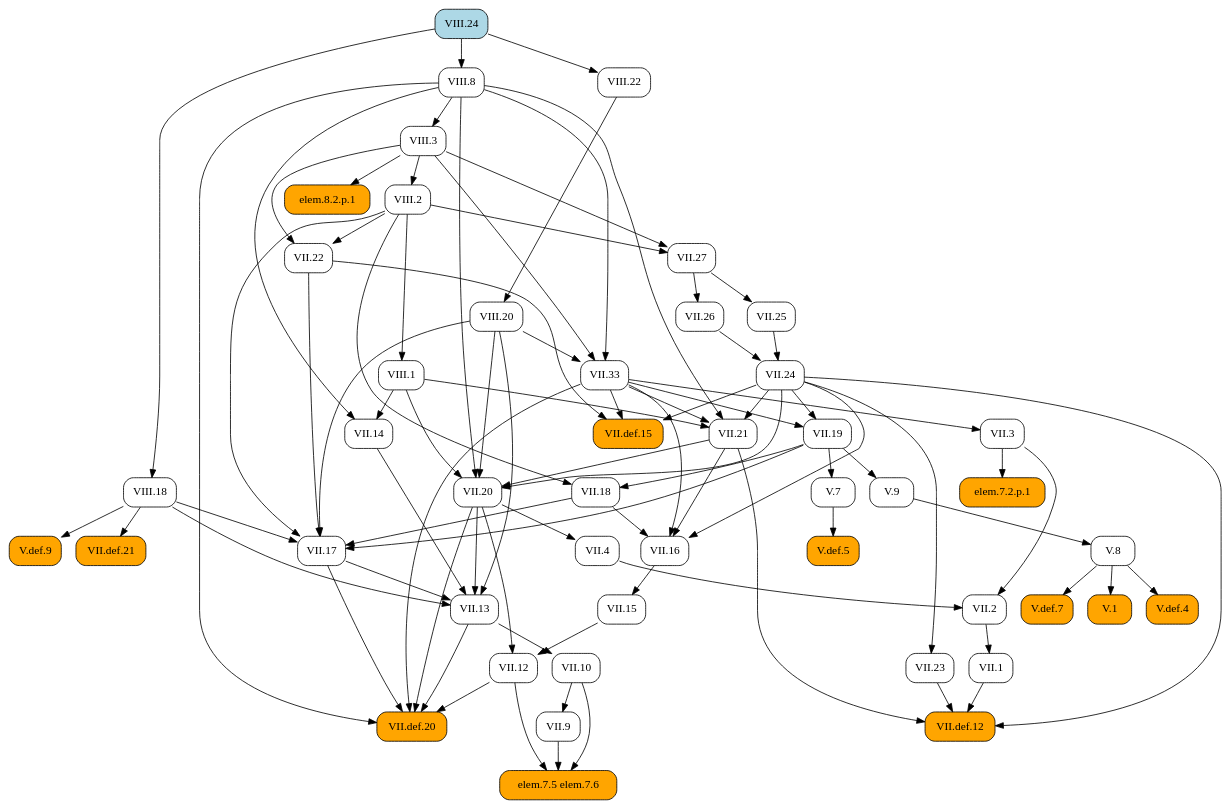
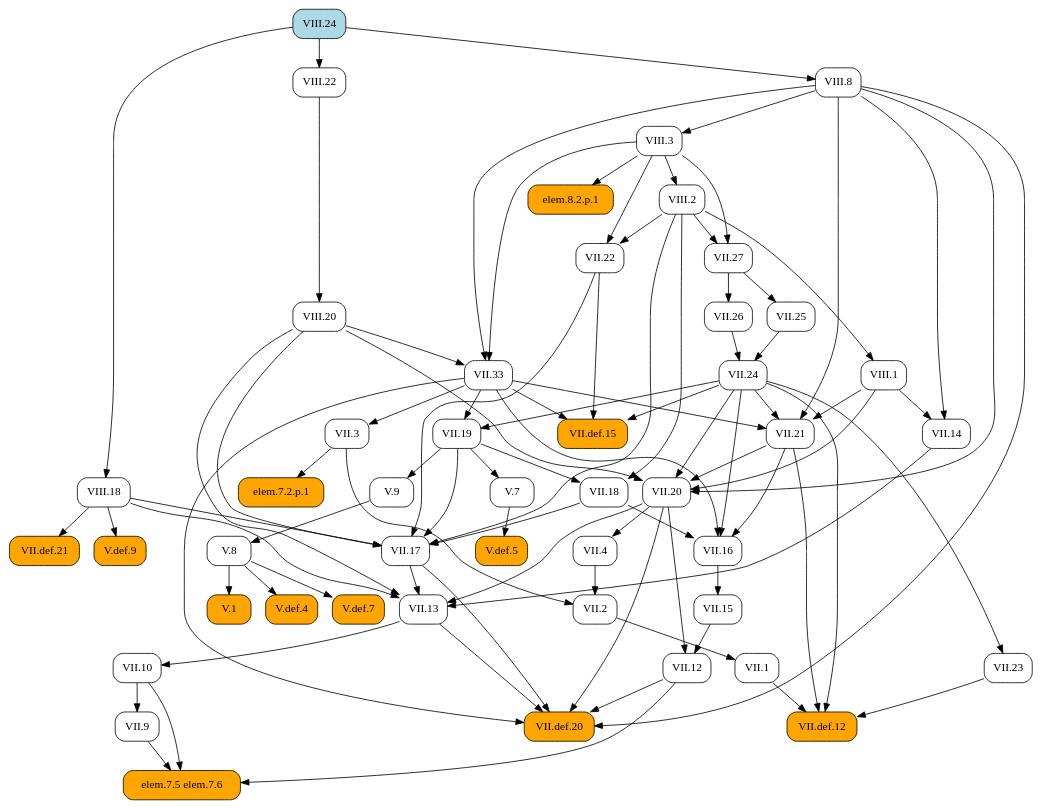
Before and after one commit to geometor/elements: the diagram in docsrc/heath/VIII/24/index.rst, drawn with Graphviz. The commit also changed other lines of this file and 1029 other files, not shown here.

```diff
--- a/docsrc/heath/VIII/24/index.rst
+++ b/docsrc/heath/VIII/24/index.rst
@@ -34,131 +34,54 @@
    digraph {
      rankdir="TB";
      node [shape=box, style=rounded];
-     "V.1" [style="rounded,filled", fillcolor=orange, URL="/heath/V/1/", target="_top"];
-     "VII.12" [URL="/heath/VII/12/", target="_top"];
+     "VII.1" [URL="/heath/VII/1/", target="_top"];
+     "VII.9" [URL="/heath/VII/9/", target="_top"];
+     "V.def.5" [style="rounded,filled", fillcolor=orange, URL="/heath/V/def.5/", target="_top"];
      "VIII.24" [style="rounded,filled", fillcolor=lightblue, URL="/heath/VIII/24/", target="_top"];
-     "VII.14" [URL="/heath/VII/14/", target="_top"];
-     "VII.13" [URL="/heath/VII/13/", target="_top"];
-     "VII.16" [URL="/heath/VII/16/", target="_top"];
-     "V.def.4" [style="rounded,filled", fillcolor=orange, URL="/heath/V/def.4/", target="_top"];
-     "VII.def.15" [style="rounded,filled", fillcolor=orange, URL="/heath/VII/def.15/", target="_top"];
-     "VII.18" [URL="/heath/VII/18/", target="_top"];
-     "V.8" [URL="/heath/V/8/", target="_top"];
-     "VII.21" [URL="/heath/VII/21/", target="_top"];
-     "VIII.20" [URL="/heath/VIII/20/", target="_top"];
-     "V.7" [URL="/heath/V/7/", target="_top"];
-     "VII.def.12" [style="rounded,filled", fillcolor=orange, URL="/heath/VII/def.12/", target="_top"];
-     "VII.15" [URL="/heath/VII/15/", target="_top"];
-     "VIII.18" [URL="/heath/VIII/18/", target="_top"];
-     "VII.2" [URL="/heath/VII/2/", target="_top"];
-     "VII.def.20" [style="rounded,filled", fillcolor=orange, URL="/heath/VII/def.20/", target="_top"];
+     "VII.17" [URL="/heath/VII/17/", target="_top"];
      "VII.3" [URL="/heath/VII/3/", target="_top"];
      "elem.7.5 elem.7.6" [style="rounded,filled", fillcolor=orange];
+     "VII.def.21" [style="rounded,filled", fillcolor=orange, URL="/heath/VII/def.21/", target="_top"];
+     "V.7" [URL="/heath/V/7/", target="_top"];
+     "V.9" [URL="/heath/V/9/", target="_top"];
+     "VII.13" [URL="/heath/VII/13/", target="_top"];
+     "VII.2" [URL="/heath/VII/2/", target="_top"];
+     "VIII.1" [URL="/heath/VIII/1/", target="_top"];
+     "VIII.2" [URL="/heath/VIII/2/", target="_top"];
+     "VII.12" [URL="/heath/VII/12/", target="_top"];
+     "VII.24" [URL="/heath/VII/24/", target="_top"];
+     "VII.def.12" [style="rounded,filled", fillcolor=orange, URL="/heath/VII/def.12/", target="_top"];
+     "V.8" [URL="/heath/V/8/", target="_top"];
+     "VII.33" [URL="/heath/VII/33/", target="_top"];
+     "V.def.9" [style="rounded,filled", fillcolor=orange, URL="/heath/V/def.9/", target="_top"];
+     "VIII.22" [URL="/heath/VIII/22/", target="_top"];
+     "VIII.18" [URL="/heath/VIII/18/", target="_top"];
+     "VII.10" [URL="/heath/VII/10/", target="_top"];
+     "elem.7.2.p.1" [style="rounded,filled", fillcolor=orange];
+     "VII.def.15" [style="rounded,filled", fillcolor=orange, URL="/heath/VII/def.15/", target="_top"];
+     "VII.19" [URL="/heath/VII/19/", target="_top"];
+     "VII.18" [URL="/heath/VII/18/", target="_top"];
+     "VII.16" [URL="/heath/VII/16/", target="_top"];
+     "VII.26" [URL="/heath/VII/26/", target="_top"];
+     "VII.4" [URL="/heath/VII/4/", target="_top"];
+     "VII.25" [URL="/heath/VII/25/", target="_top"];
+     "VII.21" [URL="/heath/VII/21/", target="_top"];
+     "V.1" [style="rounded,filled", fillcolor=orange, URL="/heath/V/1/", target="_top"];
+     "VII.20" [URL="/heath/VII/20/", target="_top"];
+     "VIII.8" [URL="/heath/VIII/8/", target="_top"];
+     "VII.14" [URL="/heath/VII/14/", target="_top"];
+     "VII.27" [URL="/heath/VII/27/", target="_top"];
+     "VIII.3" [URL="/heath/VIII/3/", target="_top"];
+     "V.def.4" [style="rounded,filled", fillcolor=orange, URL="/heath/V/def.4/", target="_top"];
+     "VII.22" [URL="/heath/VII/22/", target="_top"];
+     "VIII.20" [URL="/heath/VIII/20/", target="_top"];
+     "V.def.7" [style="rounded,filled", fillcolor=orange, URL="/heath/V/def.7/", target="_top"];
+     "VII.23" [URL="/heath/VII/23/", target="_top"];
+     "VII.15" [URL="/heath/VII/15/", target="_top"];
+     "VII.def.20" [style="rounded,filled", fillcolor=orange, URL="/heath/VII/def.20/", target="_top"];
      "elem.8.2.p.1" [style="rounded,filled", fillcolor=orange];
-     "VII.10" [URL="/heath/VII/10/", target="_top"];
-     "V.def.7" [style="rounded,filled", fillcolor=orange, URL="/heath/V/def.7/", target="_top"];
-     "V.def.9" [style="rounded,filled", fillcolor=orange, URL="/heath/V/def.9/", target="_top"];
-     "VII.20" [URL="/heath/VII/20/", target="_top"];
-     "VII.9" [URL="/heath/VII/9/", target="_top"];
-     "VIII.1" [URL="/heath/VIII/1/", target="_top"];
-     "VII.25" [URL="/heath/VII/25/", target="_top"];
-     "VII.23" [URL="/heath/VII/23/", target="_top"];
-     "VIII.8" [URL="/heath/VIII/8/", target="_top"];
-     "VII.27" [URL="/heath/VII/27/", target="_top"];
-     "VIII.2" [URL="/heath/VIII/2/", target="_top"];
-     "VII.24" [URL="/heath/VII/24/", target="_top"];
-     "VIII.3" [URL="/heath/VIII/3/", target="_top"];
-     "VII.19" [URL="/heath/VII/19/", target="_top"];
-     "VII.4" [URL="/heath/VII/4/", target="_top"];
-     "elem.7.2.p.1" [style="rounded,filled", fillcolor=orange];
-     "V.9" [URL="/heath/V/9/", target="_top"];
-     "VII.26" [URL="/heath/VII/26/", target="_top"];
-     "VIII.22" [URL="/heath/VIII/22/", target="_top"];
-     "VII.1" [URL="/heath/VII/1/", target="_top"];
-     "VII.22" [URL="/heath/VII/22/", target="_top"];
-     "VII.33" [URL="/heath/VII/33/", target="_top"];
-     "VII.def.21" [style="rounded,filled", fillcolor=orange, URL="/heath/VII/def.21/", target="_top"];
-     "V.def.5" [style="rounded,filled", fillcolor=orange, URL="/heath/V/def.5/", target="_top"];
-     "VII.17" [URL="/heath/VII/17/", target="_top"];
-     "V.8" -> "V.1";
-     "VII.15" -> "VII.12";
-     "VII.20" -> "VII.12";
-     "VIII.1" -> "VII.14";
-     "VIII.8" -> "VII.14";
-     "VII.14" -> "VII.13";
-     "VII.17" -> "VII.13";
-     "VII.20" -> "VII.13";
-     "VIII.18" -> "VII.13";
-     "VIII.20" -> "VII.13";
-     "VII.18" -> "VII.16";
-     "VII.21" -> "VII.16";
-     "VII.24" -> "VII.16";
-     "VII.33" -> "VII.16";
-     "V.8" -> "V.def.4";
-     "VII.22" -> "VII.def.15";
-     "VII.24" -> "VII.def.15";
-     "VII.33" -> "VII.def.15";
-     "VII.19" -> "VII.18";
-     "VIII.2" -> "VII.18";
-     "V.9" -> "V.8";
-     "VII.24" -> "VII.21";
-     "VII.33" -> "VII.21";
-     "VIII.1" -> "VII.21";
-     "VIII.8" -> "VII.21";
-     "VIII.22" -> "VIII.20";
-     "VII.19" -> "V.7";
-     "VII.1" -> "VII.def.12";
-     "VII.21" -> "VII.def.12";
-     "VII.23" -> "VII.def.12";
-     "VII.24" -> "VII.def.12";
-     "VII.16" -> "VII.15";
-     "VIII.24" -> "VIII.18";
-     "VII.3" -> "VII.2";
-     "VII.4" -> "VII.2";
-     "VII.12" -> "VII.def.20";
-     "VII.13" -> "VII.def.20";
-     "VII.17" -> "VII.def.20";
-     "VII.20" -> "VII.def.20";
-     "VII.33" -> "VII.def.20";
-     "VIII.8" -> "VII.def.20";
-     "VII.33" -> "VII.3";
-     "VII.9" -> "elem.7.5 elem.7.6";
-     "VII.10" -> "elem.7.5 elem.7.6";
-     "VII.12" -> "elem.7.5 elem.7.6";
-     "VIII.3" -> "elem.8.2.p.1";
-     "VII.13" -> "VII.10";
-     "V.8" -> "V.def.7";
-     "VIII.18" -> "V.def.9";
-     "VII.21" -> "VII.20";
-     "VII.24" -> "VII.20";
-     "VIII.1" -> "VII.20";
-     "VIII.8" -> "VII.20";
-     "VIII.20" -> "VII.20";
+     "VII.2" -> "VII.1";
      "VII.10" -> "VII.9";
-     "VIII.2" -> "VIII.1";
-     "VII.27" -> "VII.25";
-     "VII.24" -> "VII.23";
-     "VIII.24" -> "VIII.8";
-     "VIII.2" -> "VII.27";
-     "VIII.3" -> "VII.27";
-     "VIII.3" -> "VIII.2";
-     "VII.25" -> "VII.24";
-     "VII.26" -> "VII.24";
-     "VIII.8" -> "VIII.3";
-     "VII.24" -> "VII.19";
-     "VII.33" -> "VII.19";
-     "VII.20" -> "VII.4";
-     "VII.3" -> "elem.7.2.p.1";
-     "VII.19" -> "V.9";
-     "VII.27" -> "VII.26";
-     "VIII.24" -> "VIII.22";
-     "VII.2" -> "VII.1";
-     "VIII.2" -> "VII.22";
-     "VIII.3" -> "VII.22";
-     "VIII.3" -> "VII.33";
-     "VIII.8" -> "VII.33";
-     "VIII.20" -> "VII.33";
-     "VIII.18" -> "VII.def.21";
      "V.7" -> "V.def.5";
      "VII.18" -> "VII.17";
      "VII.19" -> "VII.17";
@@ -166,4 +89,81 @@
      "VIII.2" -> "VII.17";
      "VIII.18" -> "VII.17";
      "VIII.20" -> "VII.17";
+     "VII.33" -> "VII.3";
+     "VII.9" -> "elem.7.5 elem.7.6";
+     "VII.10" -> "elem.7.5 elem.7.6";
+     "VII.12" -> "elem.7.5 elem.7.6";
+     "VIII.18" -> "VII.def.21";
+     "VII.19" -> "V.7";
+     "VII.19" -> "V.9";
+     "VII.14" -> "VII.13";
+     "VII.17" -> "VII.13";
+     "VII.20" -> "VII.13";
+     "VIII.18" -> "VII.13";
+     "VIII.20" -> "VII.13";
+     "VII.3" -> "VII.2";
+     "VII.4" -> "VII.2";
+     "VIII.2" -> "VIII.1";
+     "VIII.3" -> "VIII.2";
+     "VII.15" -> "VII.12";
+     "VII.20" -> "VII.12";
+     "VII.25" -> "VII.24";
+     "VII.26" -> "VII.24";
+     "VII.1" -> "VII.def.12";
+     "VII.21" -> "VII.def.12";
+     "VII.23" -> "VII.def.12";
+     "VII.24" -> "VII.def.12";
+     "V.9" -> "V.8";
+     "VIII.3" -> "VII.33";
+     "VIII.8" -> "VII.33";
+     "VIII.20" -> "VII.33";
+     "VIII.18" -> "V.def.9";
+     "VIII.24" -> "VIII.22";
+     "VIII.24" -> "VIII.18";
+     "VII.13" -> "VII.10";
+     "VII.3" -> "elem.7.2.p.1";
+     "VII.22" -> "VII.def.15";
+     "VII.24" -> "VII.def.15";
+     "VII.33" -> "VII.def.15";
+     "VII.24" -> "VII.19";
+     "VII.33" -> "VII.19";
+     "VII.19" -> "VII.18";
+     "VIII.2" -> "VII.18";
+     "VII.18" -> "VII.16";
+     "VII.21" -> "VII.16";
+     "VII.24" -> "VII.16";
+     "VII.33" -> "VII.16";
+     "VII.27" -> "VII.26";
+     "VII.20" -> "VII.4";
+     "VII.27" -> "VII.25";
+     "VII.24" -> "VII.21";
+     "VII.33" -> "VII.21";
+     "VIII.1" -> "VII.21";
+     "VIII.8" -> "VII.21";
+     "V.8" -> "V.1";
+     "VII.21" -> "VII.20";
+     "VII.24" -> "VII.20";
+     "VIII.1" -> "VII.20";
+     "VIII.8" -> "VII.20";
+     "VIII.20" -> "VII.20";
+     "VIII.24" -> "VIII.8";
+     "VIII.1" -> "VII.14";
+     "VIII.8" -> "VII.14";
+     "VIII.2" -> "VII.27";
+     "VIII.3" -> "VII.27";
+     "VIII.8" -> "VIII.3";
+     "V.8" -> "V.def.4";
+     "VIII.2" -> "VII.22";
+     "VIII.3" -> "VII.22";
+     "VIII.22" -> "VIII.20";
+     "V.8" -> "V.def.7";
+     "VII.24" -> "VII.23";
+     "VII.16" -> "VII.15";
+     "VII.12" -> "VII.def.20";
+     "VII.13" -> "VII.def.20";
+     "VII.17" -> "VII.def.20";
+     "VII.20" -> "VII.def.20";
+     "VII.33" -> "VII.def.20";
+     "VIII.8" -> "VII.def.20";
+     "VIII.3" -> "elem.8.2.p.1";
    }
```
